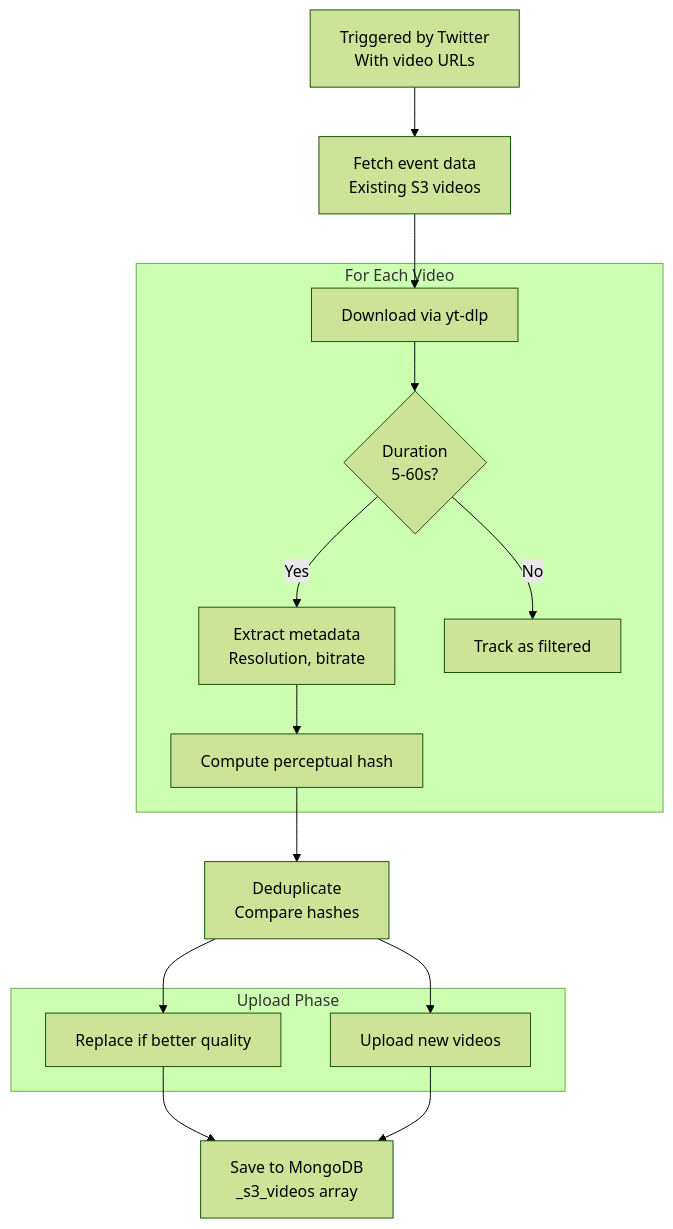
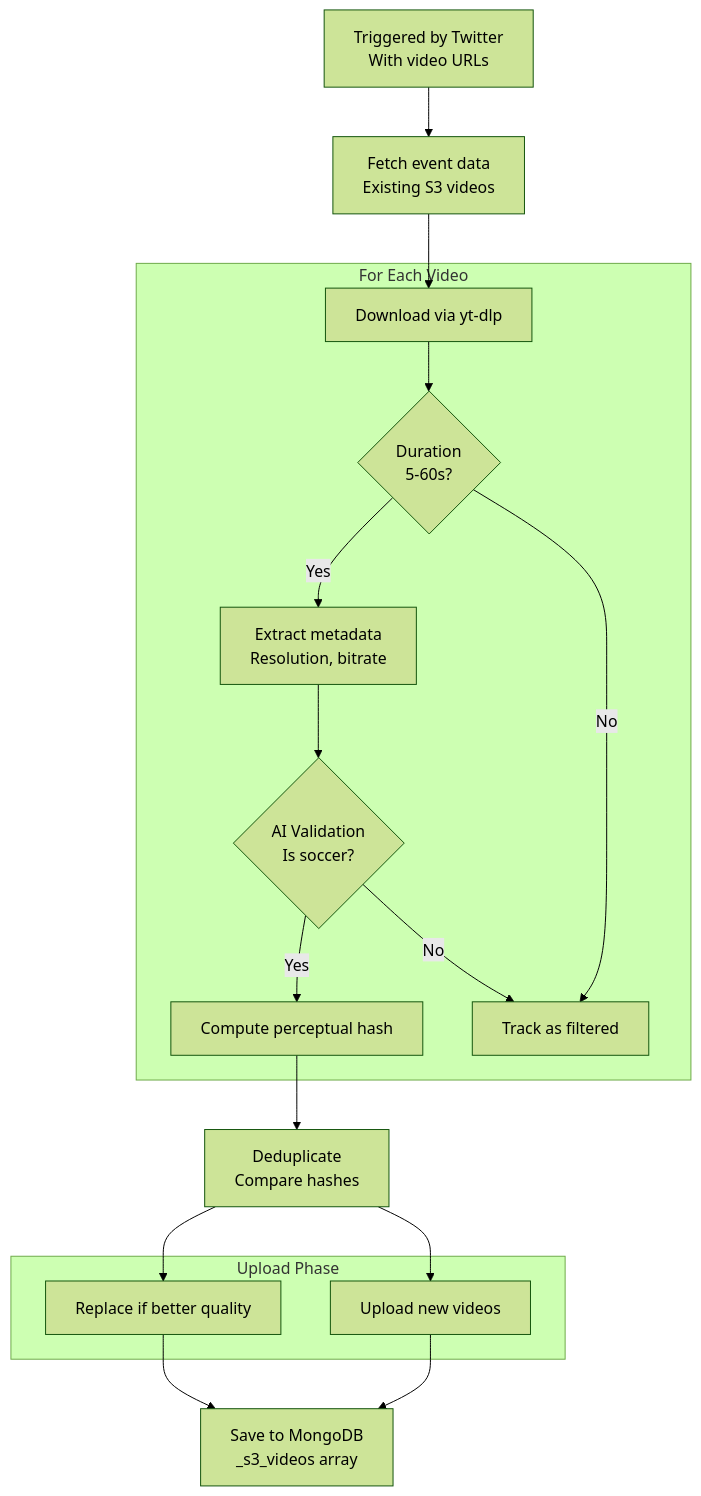
Diagram 13 of 13 in README.md (vedantadhobley/found-footy), drawn with Mermaid (forest theme) before and after one commit. The commit also changed other lines of this file and 20 other files, not shown here.

````diff
--- a/README.md
+++ b/README.md
@@ -575,31 +571,34 @@
 ```mermaid
 flowchart TB
     TRIGGER[Triggered by Twitter<br/>With video URLs]
     
     FETCH[Fetch event data<br/>Existing S3 videos]
     
     subgraph EACH["For Each Video"]
         DL[Download via yt-dlp]
         FILTER{Duration<br/>5-60s?}
         META[Extract metadata<br/>Resolution, bitrate]
+        VALIDATE{AI Validation<br/>Is soccer?}
         HASH[Compute perceptual hash]
         FILTERED[Track as filtered]
     end
     
     DEDUP[Deduplicate<br/>Compare hashes]
     
     subgraph UPLOAD["Upload Phase"]
         REPLACE[Replace if better quality]
         NEW[Upload new videos]
     end
     
     SAVE[Save to MongoDB<br/>_s3_videos array]
     
     TRIGGER --> FETCH --> DL
     DL --> FILTER
-    FILTER -->|Yes| META --> HASH
+    FILTER -->|Yes| META --> VALIDATE
+    VALIDATE -->|Yes| HASH
+    VALIDATE -->|No| FILTERED
     FILTER -->|No| FILTERED
     HASH --> DEDUP
     DEDUP --> REPLACE & NEW
     REPLACE & NEW --> SAVE
 ```
````
